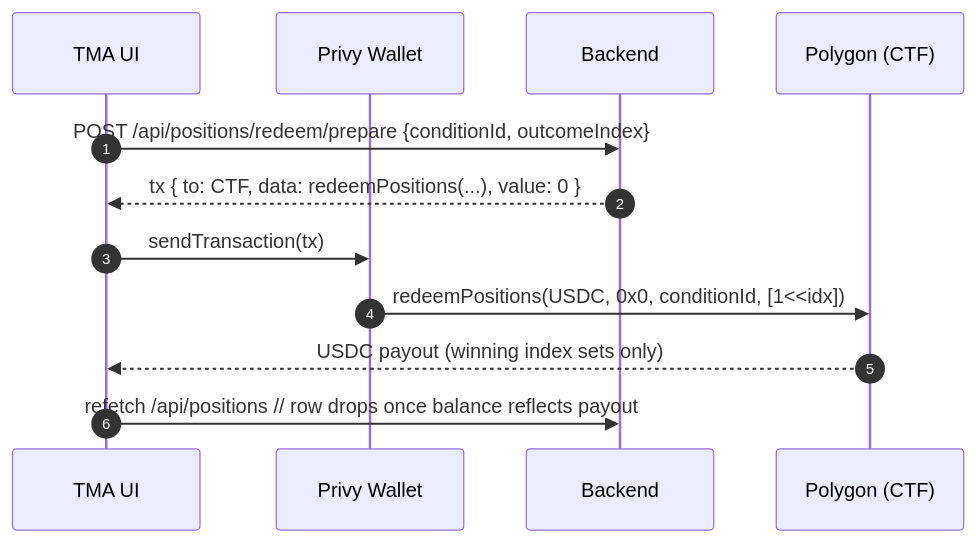
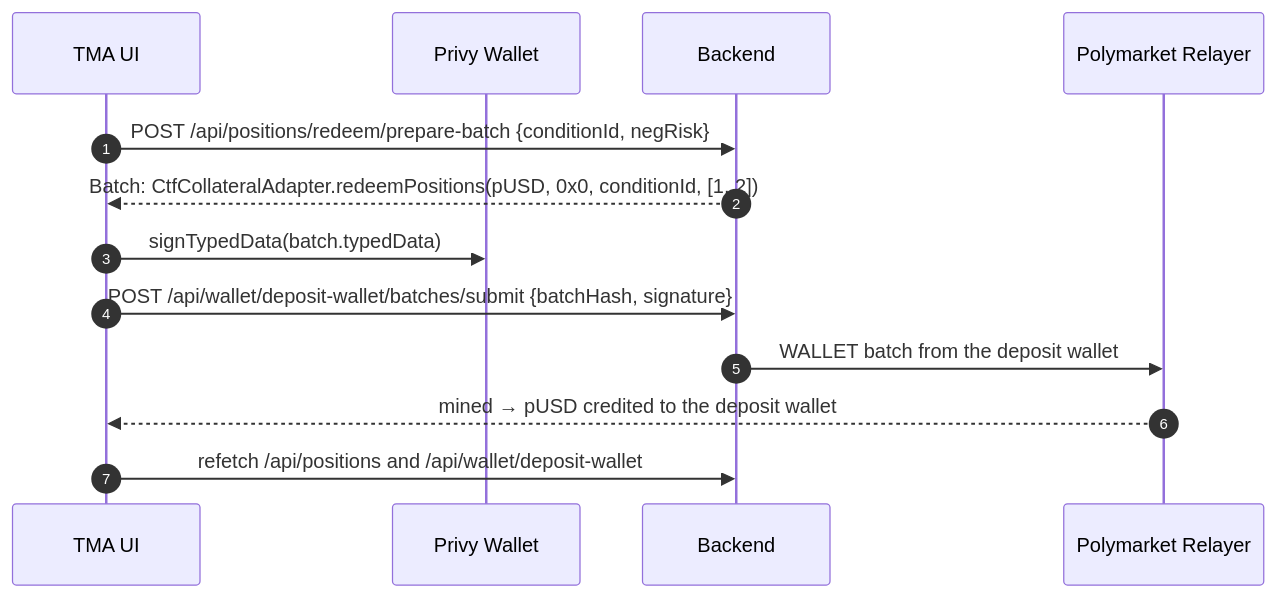
Before and after one commit to negriyd/polymarket-tma: the second of 2 diagrams in docs/trading.md, drawn with Mermaid. The commit also changed other lines of this file and 103 other files, not shown here.

````diff
--- a/docs/trading.md
+++ b/docs/trading.md
@@ -64,15 +148,16 @@
 ```mermaid
 sequenceDiagram
     autonumber
     participant U as TMA UI
     participant P as Privy Wallet
     participant B as Backend
-    participant POL as Polygon (CTF)
+    participant R as Polymarket Relayer
 
-    U->>B: POST /api/positions/redeem/prepare {conditionId, outcomeIndex}
-    B-->>U: tx { to: CTF, data: redeemPositions(...), value: 0 }
-    U->>P: sendTransaction(tx)
-    P->>POL: redeemPositions(USDC, 0x0, conditionId, [1<<idx])
-    POL-->>U: USDC payout (winning index sets only)
-    U->>B: refetch /api/positions  // row drops once balance reflects payout
+    U->>B: POST /api/positions/redeem/prepare-batch {conditionId, negRisk}
+    B-->>U: Batch: CtfCollateralAdapter.redeemPositions(pUSD, 0x0, conditionId, [1, 2])
+    U->>P: signTypedData(batch.typedData)
+    U->>B: POST /api/wallet/deposit-wallet/batches/submit {batchHash, signature}
+    B->>R: WALLET batch from the deposit wallet
+    R-->>U: mined → pUSD credited to the deposit wallet
+    U->>B: refetch /api/positions and /api/wallet/deposit-wallet
 ```
````
